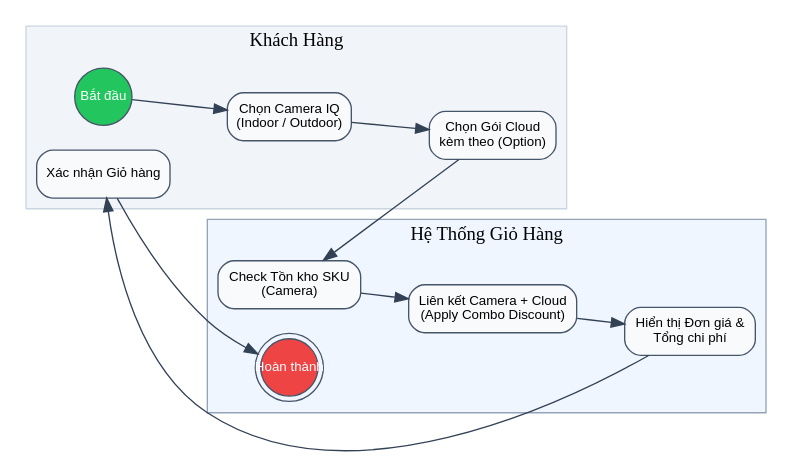
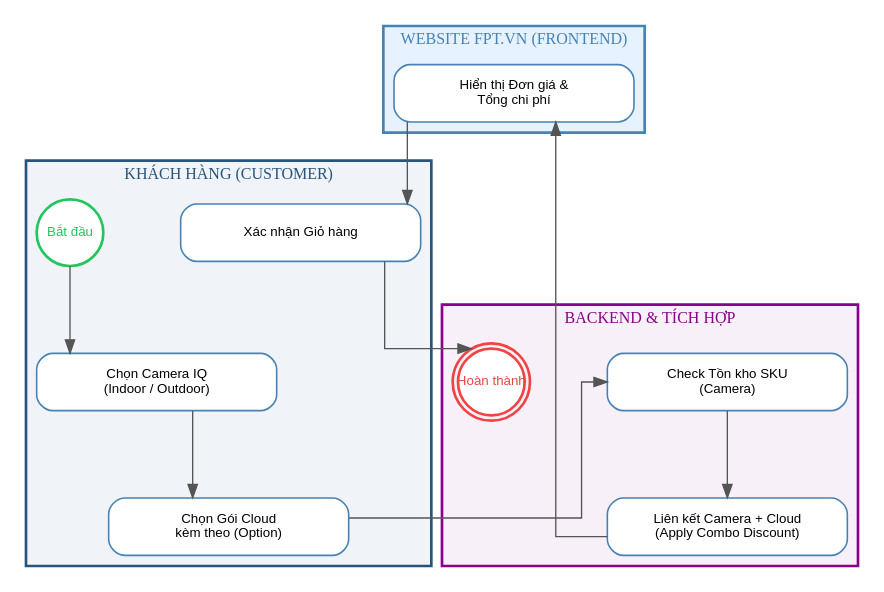
One commit to hathuy2706-BA/FPT changed the diagram in diagrams/bpmn_fr01_camera.dot. Above: the diagram before and after it, drawn with Graphviz. The commit also changed 19 other files, not shown here.

Commit message:
docs: Redraw BPMN diagrams with professional vertical swimlane layout (FPT.vn standard style) and re-embed to docs

```diff
--- a/diagrams/bpmn_fr01_camera.dot
+++ b/diagrams/bpmn_fr01_camera.dot
@@ -1,29 +1,42 @@
 
 digraph G {
-    rankdir=LR; bgcolor="white";
-    node [fontname="Arial", fontsize=10, shape=box, style="filled,rounded", fillcolor="#F8FAFC", color="#475569"];
-    edge [fontname="Arial", fontsize=9, color="#334155"];
 
-    subgraph cluster_user {
-        label="Khách Hàng"; style=filled; fillcolor="#F1F5F9"; color="#CBD5E1";
-        start [label="Bắt đầu", shape=circle, fillcolor="#22C55E", fontcolor="white", width=0.6, fixedsize=true];
-        select_cam [label="Chọn Camera IQ
-(Indoor / Outdoor)"];
-        choose_cloud [label="Chọn Gói Cloud
-kèm theo (Option)"];
+    rankdir=TB;
+    splines=ortho;
+    nodesep=0.8;
+    ranksep=0.8;
+    node [fontname="Arial", fontsize=10, shape=box, style="rounded,filled", fillcolor="white", color="#4682B4", penwidth=1.2, width=2.5, height=0.6];
+    edge [fontname="Arial", fontsize=9, color="#555555", penwidth=1.0];
+
+
+    subgraph cluster_customer {
+        label="KHÁCH HÀNG (CUSTOMER)";
+        style=filled; color="#28547B"; fillcolor="#F0F4F8"; penwidth=2;
+        fontcolor="#28547B"; fontsize=12; fontname="Arial bold"; labelloc="t"; labeljust="c";
+
+        start [label="Bắt đầu", shape=circle, style="filled", fillcolor="white", color="#22C55E", fontcolor="#22C55E", penwidth=2, width=0.7, fixedsize=true];
+        select_cam [label="Chọn Camera IQ\n(Indoor / Outdoor)"];
+        choose_cloud [label="Chọn Gói Cloud\nkèm theo (Option)"];
         view_cart [label="Xác nhận Giỏ hàng"];
     }
 
-    subgraph cluster_system {
-        label="Hệ Thống Giỏ Hàng"; style=filled; fillcolor="#EFF6FF"; color="#94A3B8";
-        check_sku [label="Check Tồn kho SKU
-(Camera)"];
-        bind_cloud [label="Liên kết Camera + Cloud
-(Apply Combo Discount)"];
-        render_item [label="Hiển thị Đơn giá &
-Tổng chi phí"];
-        end [label="Hoàn thành", shape=doublecircle, fillcolor="#EF4444", fontcolor="white", width=0.6, fixedsize=true];
+    subgraph cluster_fe {
+        label="WEBSITE FPT.VN (FRONTEND)";
+        style=filled; color="#4682B4"; fillcolor="#E6F2FF"; penwidth=2;
+        fontcolor="#4682B4"; fontsize=12; fontname="Arial bold"; labelloc="t"; labeljust="c";
+
+        render_item [label="Hiển thị Đơn giá &\nTổng chi phí"];
+    }
+
+    subgraph cluster_be {
+        label="BACKEND & TÍCH HỢP";
+        style=filled; color="#8B008B"; fillcolor="#F8F0F8"; penwidth=2;
+        fontcolor="#8B008B"; fontsize=12; fontname="Arial bold"; labelloc="t"; labeljust="c";
+
+        check_sku [label="Check Tồn kho SKU\n(Camera)"];
+        bind_cloud [label="Liên kết Camera + Cloud\n(Apply Combo Discount)"];
+        end [label="Hoàn thành", shape=doublecircle, style="filled", fillcolor="white", color="#EF4444", fontcolor="#EF4444", penwidth=2, width=0.7, fixedsize=true];
     }
 
     start -> select_cam -> choose_cloud -> check_sku -> bind_cloud -> render_item -> view_cart -> end;
 }
```
